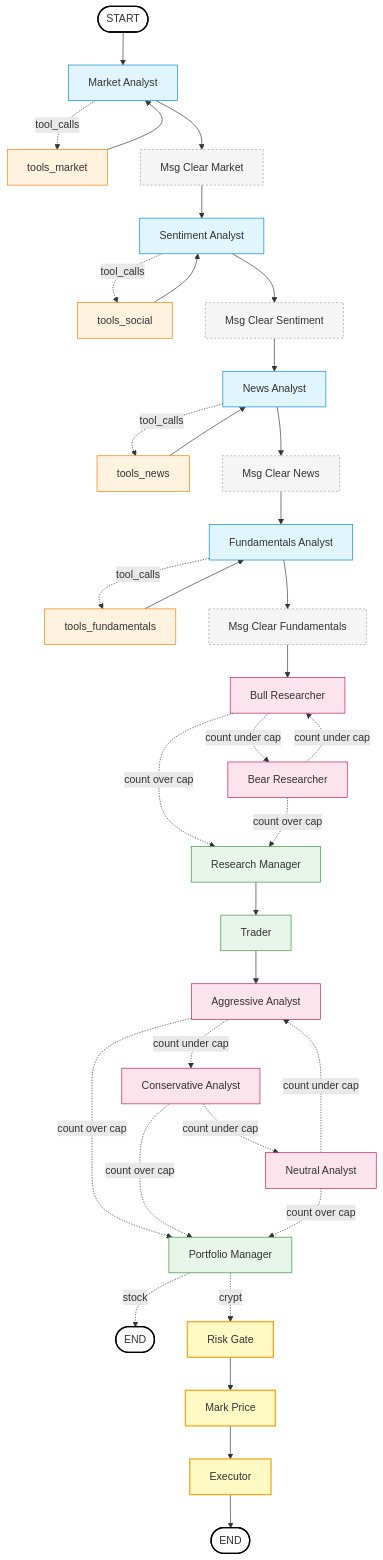
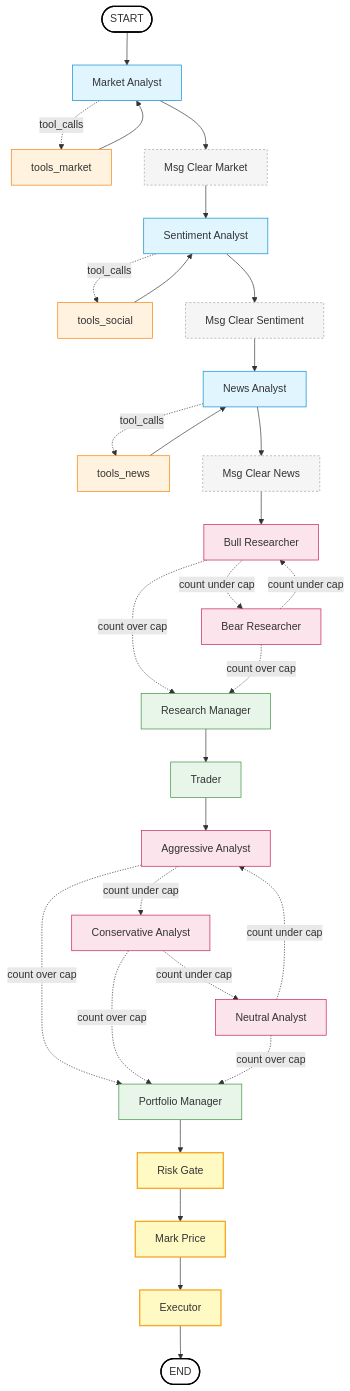
Before and after one commit to cgair/Monopoly: the diagram in docs/walkthrough/diagrams/full-graph.mmd, drawn with Mermaid. The commit also changed 8 other files, not shown here.

```diff
--- a/docs/walkthrough/diagrams/full-graph.mmd
+++ b/docs/walkthrough/diagrams/full-graph.mmd
@@ -1,51 +1,46 @@
 graph TD
     START([START]) --> A1[Market Analyst]
     A1 -.tool_calls.-> T1[tools_market]
     T1 --> A1
     A1 --> C1[Msg Clear Market]
     C1 --> A2[Sentiment Analyst]
     A2 -.tool_calls.-> T2[tools_social]
     T2 --> A2
     A2 --> C2[Msg Clear Sentiment]
     C2 --> A3[News Analyst]
     A3 -.tool_calls.-> T3[tools_news]
     T3 --> A3
     A3 --> C3[Msg Clear News]
-    C3 --> A4[Fundamentals Analyst]
-    A4 -.tool_calls.-> T4[tools_fundamentals]
-    T4 --> A4
-    A4 --> C4[Msg Clear Fundamentals]
-    C4 --> BR[Bull Researcher]
+    C3 --> BR[Bull Researcher]
     BR -.count under cap.-> BE[Bear Researcher]
     BE -.count under cap.-> BR
     BR -.count over cap.-> RM[Research Manager]
     BE -.count over cap.-> RM
     RM --> TR[Trader]
     TR --> AG[Aggressive Analyst]
     AG -.count under cap.-> CO[Conservative Analyst]
     CO -.count under cap.-> NE[Neutral Analyst]
     NE -.count under cap.-> AG
     AG -.count over cap.-> PM[Portfolio Manager]
     CO -.count over cap.-> PM
     NE -.count over cap.-> PM
-    PM -.stock.-> END1([END])
-    PM -.crypto.-> RG[Risk Gate]
+    PM --> RG[Risk Gate]
     RG --> MP[Mark Price]
     MP --> EX[Executor]
     EX --> END2([END])
 
     classDef analyst fill:#e1f5ff,stroke:#0288d1
     classDef tool fill:#fff3e0,stroke:#f57c00
     classDef clear fill:#f5f5f5,stroke:#9e9e9e,stroke-dasharray: 3 3
     classDef debate fill:#fce4ec,stroke:#c2185b
     classDef manager fill:#e8f5e9,stroke:#388e3c
     classDef futures fill:#fff9c4,stroke:#f9a825,stroke-width:2px
     classDef endpoint fill:#fff,stroke:#000,stroke-width:2px
 
-    class A1,A2,A3,A4 analyst
-    class T1,T2,T3,T4 tool
-    class C1,C2,C3,C4 clear
+    class A1,A2,A3 analyst
+    class T1,T2,T3 tool
+    class C1,C2,C3 clear
     class BR,BE,AG,CO,NE debate
     class RM,TR,PM manager
     class RG,MP,EX futures
-    class START,END1,END2 endpoint
+    class START,END2 endpoint
```
